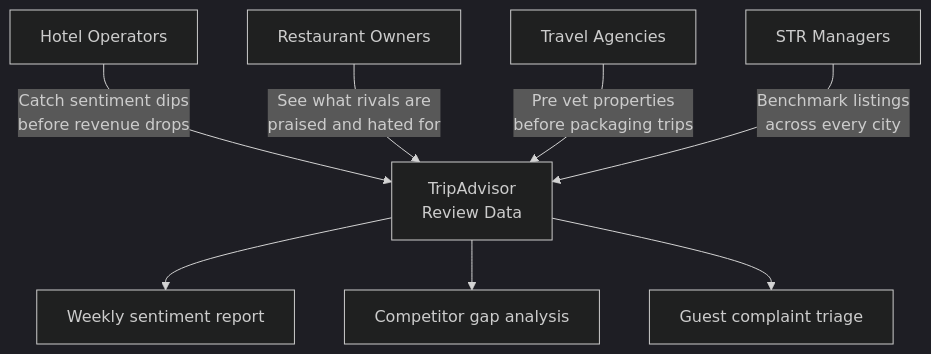
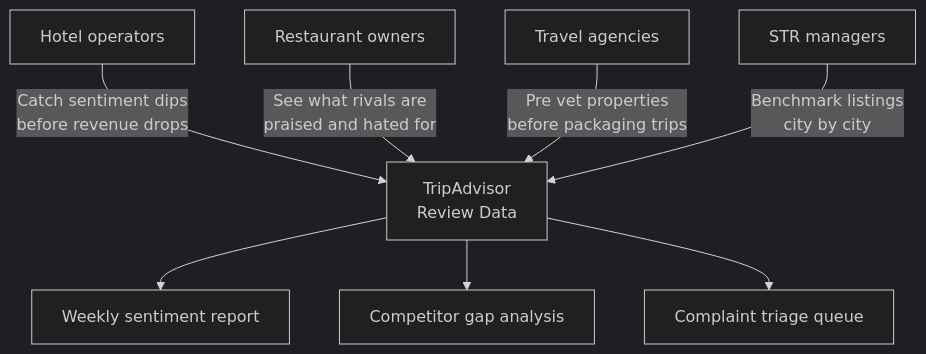
The first of 3 diagrams in actors/tripadvisor-review-intelligence/README.md (Ken-Mutisya/scrapemint), drawn with Mermaid (dark theme) before and after one commit. The commit also changed other lines of this file, not shown here.

First line of the commit message:
Tighten TripAdvisor README for SEO and scannability

````diff
--- a/actors/tripadvisor-review-intelligence/README.md
+++ b/actors/tripadvisor-review-intelligence/README.md
@@ -11,10 +11,10 @@
 ```mermaid
 flowchart TD
-    A[Hotel Operators] -->|Catch sentiment dips<br/>before revenue drops| D[TripAdvisor<br/>Review Data]
-    B[Restaurant Owners] -->|See what rivals are<br/>praised and hated for| D
-    C[Travel Agencies] -->|Pre vet properties<br/>before packaging trips| D
-    R[STR Managers] -->|Benchmark listings<br/>across every city| D
+    A[Hotel operators] -->|Catch sentiment dips<br/>before revenue drops| D[TripAdvisor<br/>Review Data]
+    B[Restaurant owners] -->|See what rivals are<br/>praised and hated for| D
+    C[Travel agencies] -->|Pre vet properties<br/>before packaging trips| D
+    R[STR managers] -->|Benchmark listings<br/>city by city| D
     D --> E[Weekly sentiment report]
     D --> F[Competitor gap analysis]
-    D --> G[Guest complaint triage]
+    D --> G[Complaint triage queue]
 ```
````
